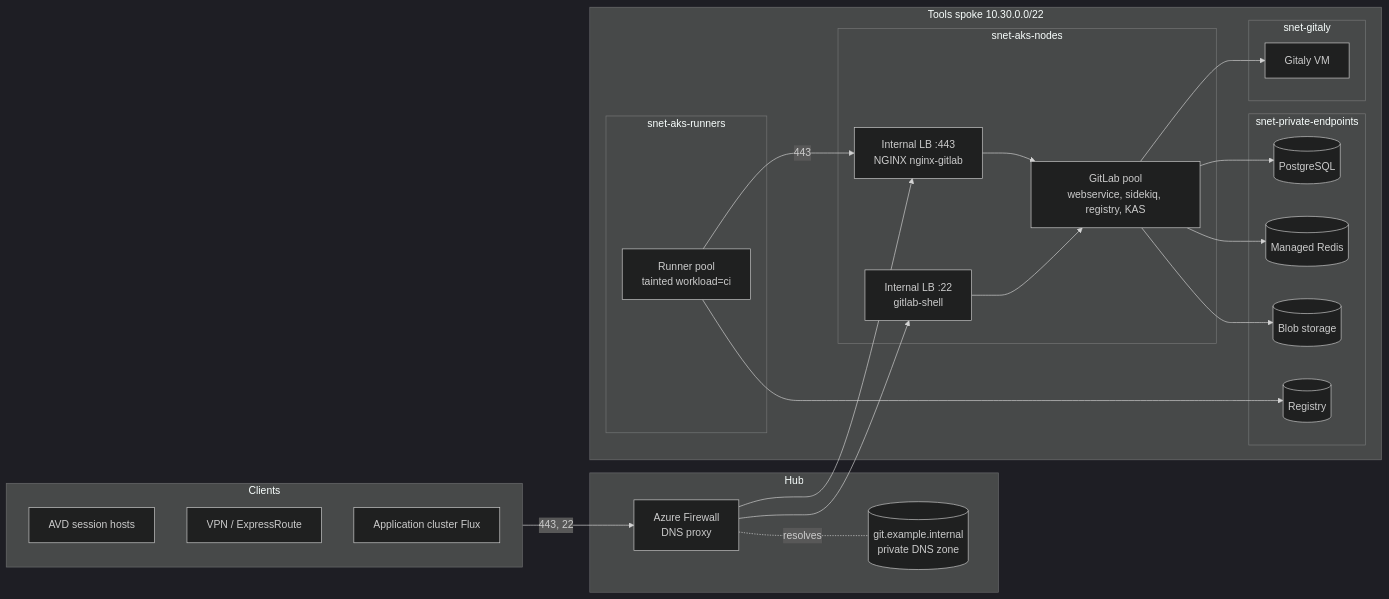
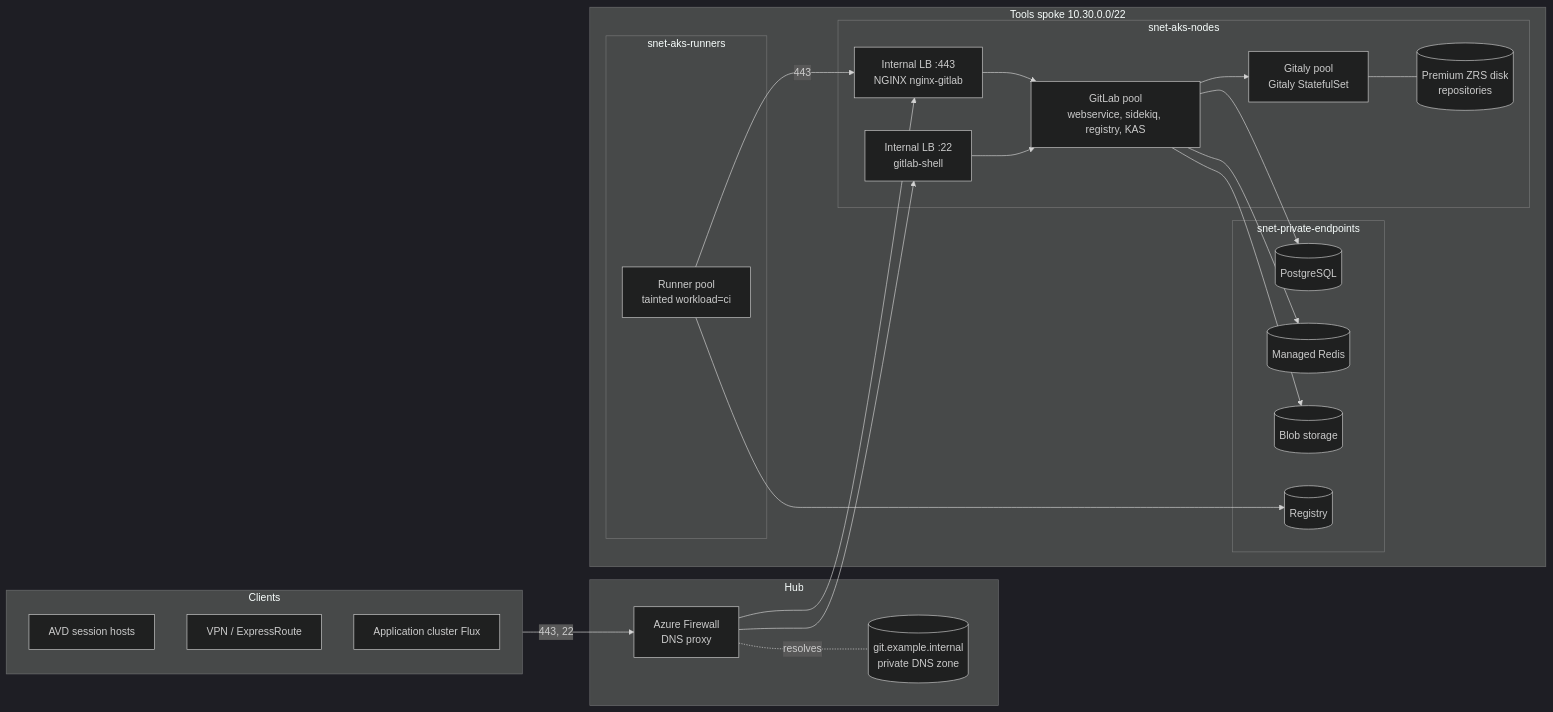
The diagram in docs/diagrams/src/gitlab-network.mmd (mipapi1/azure-infrastructure), drawn with Mermaid (dark theme) before and after one commit. The commit also changed 37 other files, not shown here.

```diff
--- a/docs/diagrams/src/gitlab-network.mmd
+++ b/docs/diagrams/src/gitlab-network.mmd
@@ -1,46 +1,45 @@
 flowchart LR
   subgraph clients["Clients"]
     avd[AVD session hosts]
     vpn[VPN / ExpressRoute]
     app[Application cluster Flux]
   end
   subgraph hub["Hub"]
     afw[Azure Firewall<br/>DNS proxy]
     zone[(git.example.internal<br/>private DNS zone)]
   end
   subgraph tools["Tools spoke 10.30.0.0/22"]
     subgraph nodes["snet-aks-nodes"]
       ilb[Internal LB :443<br/>NGINX nginx-gitlab]
       ssh[Internal LB :22<br/>gitlab-shell]
       gl[GitLab pool<br/>webservice, sidekiq, registry, KAS]
+      gvm[Gitaly pool<br/>Gitaly StatefulSet]
+      disk[(Premium ZRS disk<br/>repositories)]
     end
     subgraph runners["snet-aks-runners"]
       jobs[Runner pool<br/>tainted workload=ci]
-    end
-    subgraph gitaly["snet-gitaly"]
-      gvm[Gitaly VM]
     end
     subgraph pe["snet-private-endpoints"]
       pg[(PostgreSQL)]
       redis[(Managed Redis)]
       blob[(Blob storage)]
       acr[(Registry)]
     end
   end
   clients -->|443, 22| afw --> ilb & ssh
   afw -.resolves.- zone
   ilb --> gl
   ssh --> gl
-  gl --> gvm
+  gl --> gvm --- disk
   gl --> pg & redis & blob
   jobs -->|443| ilb
   jobs --> acr
 
   class avd,vpn,app,ilb,ssh net
   class afw sec
-  class zone,pg,redis,blob,acr data
+  class zone,pg,redis,blob,acr,disk data
   class gl,jobs,gvm ci
   class clients z-net
   class hub z-sec
-  class tools,nodes,runners,gitaly z-ci
+  class tools,nodes,runners z-ci
   class pe z-data
```
